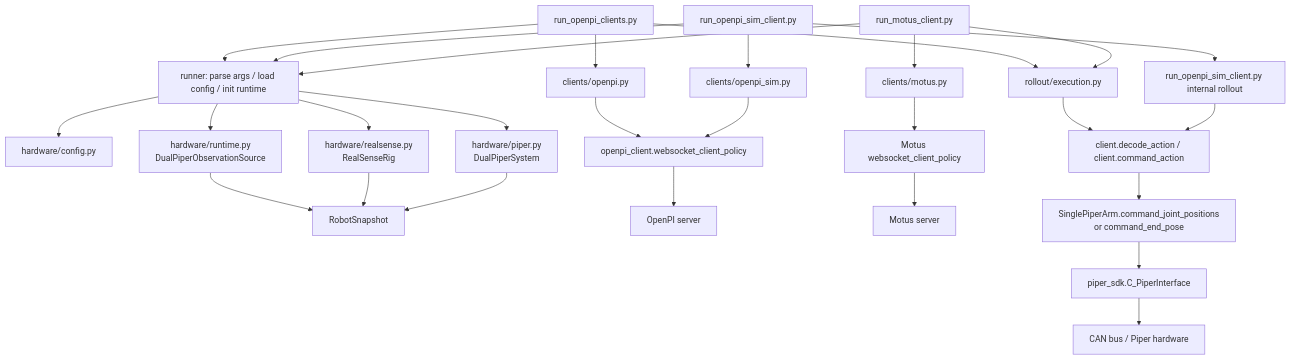
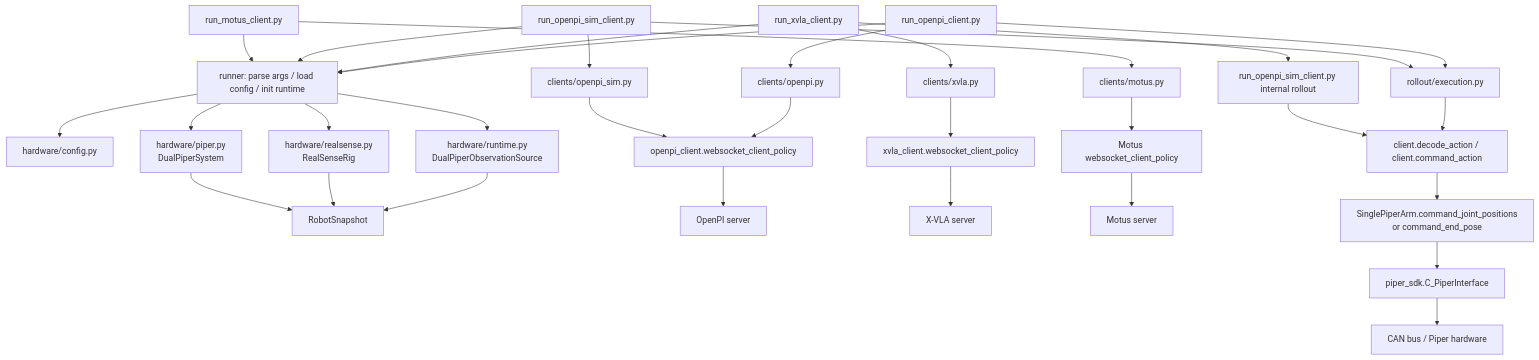
Before and after one commit to ZhaoRunyi/challenge_deploy: the first of 5 diagrams in docs/deploy_call_chain.md, drawn with Mermaid. The commit also changed other lines of this file and 6 other files, not shown here.

````diff
--- a/docs/deploy_call_chain.md
+++ b/docs/deploy_call_chain.md
@@ -21,37 +22,41 @@
 ```mermaid
 flowchart TD
-    A[run_openpi_clients.py] --> R
-    B[run_openpi_sim_client.py] --> R
-    C[run_motus_client.py] --> R
+    A[run_openpi_client.py] --> R
+    B[run_xvla_client.py] --> R
+    C[run_openpi_sim_client.py] --> R
+    D[run_motus_client.py] --> R
 
     R[runner: parse args / load config / init runtime] --> CFG[hardware/config.py]
     R --> OBS[hardware/runtime.py<br/>DualPiperObservationSource]
     R --> ROBOT[hardware/piper.py<br/>DualPiperSystem]
     R --> CAM[hardware/realsense.py<br/>RealSenseRig]
 
     OBS --> SNAP[RobotSnapshot]
     CAM --> SNAP
     ROBOT --> SNAP
 
     A --> OA[clients/openpi.py]
-    B --> SA[clients/openpi_sim.py]
-    C --> MA[clients/motus.py]
+    B --> XA[clients/xvla.py]
+    C --> SA[clients/openpi_sim.py]
+    D --> MA[clients/motus.py]
 
     OA --> WS1[openpi_client.websocket_client_policy]
+    XA --> WSX[xvla_client.websocket_client_policy]
     SA --> WS1
     MA --> WS2[Motus websocket_client_policy]
 
     WS1 --> S1[OpenPI server]
+    WSX --> SX[X-VLA server]
     WS2 --> S2[Motus server]
 
     A --> ROLL[rollout/execution.py]
     C --> ROLL
     B --> SIMROLL[run_openpi_sim_client.py internal rollout]
 
     ROLL --> CMD[client.decode_action / client.command_action]
     SIMROLL --> CMD
 
     CMD --> ARM[SinglePiperArm.command_joint_positions<br/>or command_end_pose]
     ARM --> SDK[piper_sdk.C_PiperInterface]
     SDK --> CAN[CAN bus / Piper hardware]
 ```
````
